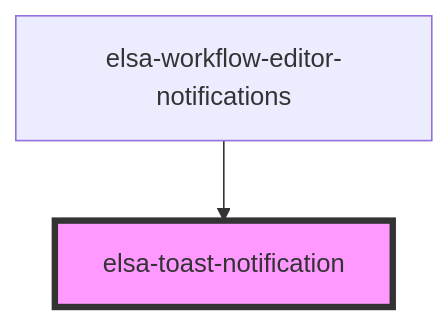
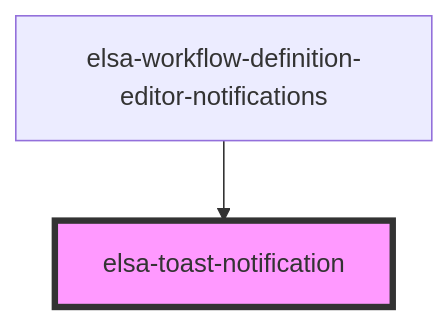
One commit to elsa-workflows/elsa-core changed the diagram in src/designer/elsa-workflows-studio/src/components/shared/elsa-toast-notification/readme.md. Above: the diagram before and after it, drawn with Mermaid. The commit also changed other lines of this file and 32 other files, not shown here.

````diff
--- a/src/designer/elsa-workflows-studio/src/components/shared/elsa-toast-notification/readme.md
+++ b/src/designer/elsa-workflows-studio/src/components/shared/elsa-toast-notification/readme.md
@@ -38,5 +38,5 @@
 ```mermaid
 graph TD;
-  elsa-workflow-editor-notifications --> elsa-toast-notification
+  elsa-workflow-definition-editor-notifications --> elsa-toast-notification
   style elsa-toast-notification fill:#f9f,stroke:#333,stroke-width:4px
 ```
````
